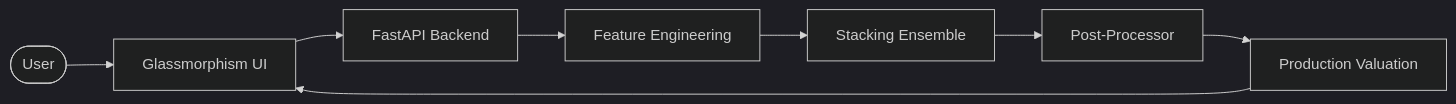
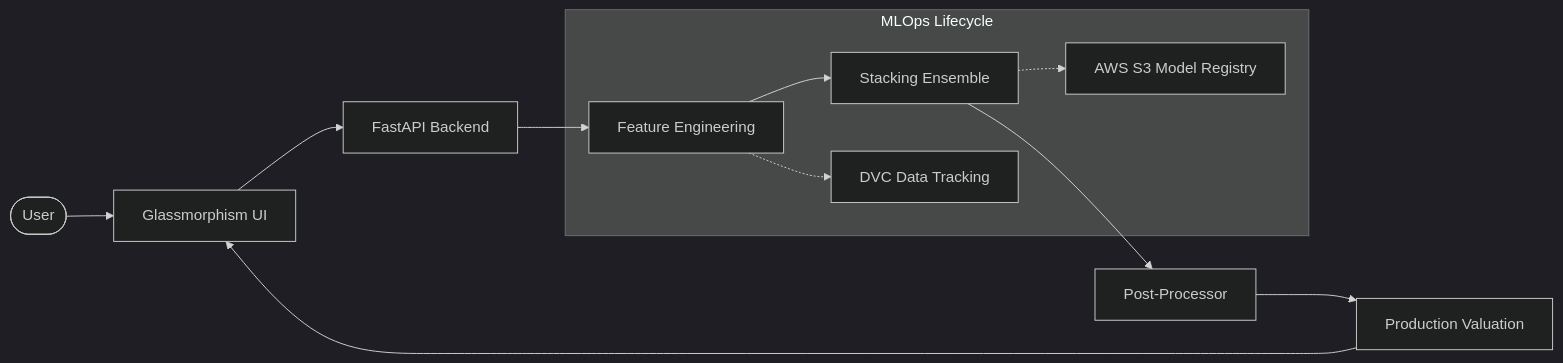
One commit to bittush8789/mlops-house-price-prediction changed the diagram in README.md. Above: the diagram before and after it, drawn with Mermaid (dark theme). The commit also changed other lines of this file, not shown here.

````diff
--- a/README.md
+++ b/README.md
@@ -48,10 +109,15 @@
 ```mermaid
 graph LR
     User([User]) --> UI[Glassmorphism UI]
     UI --> API[FastAPI Backend]
     API --> FE[Feature Engineering]
     FE --> Stack[Stacking Ensemble]
     Stack --> Post[Post-Processor]
     Post --> Result[Production Valuation]
     Result --> UI
+    
+    subgraph "MLOps Lifecycle"
+    FE -.-> DVC[DVC Data Tracking]
+    Stack -.-> S3[AWS S3 Model Registry]
+    end
 ```
````
